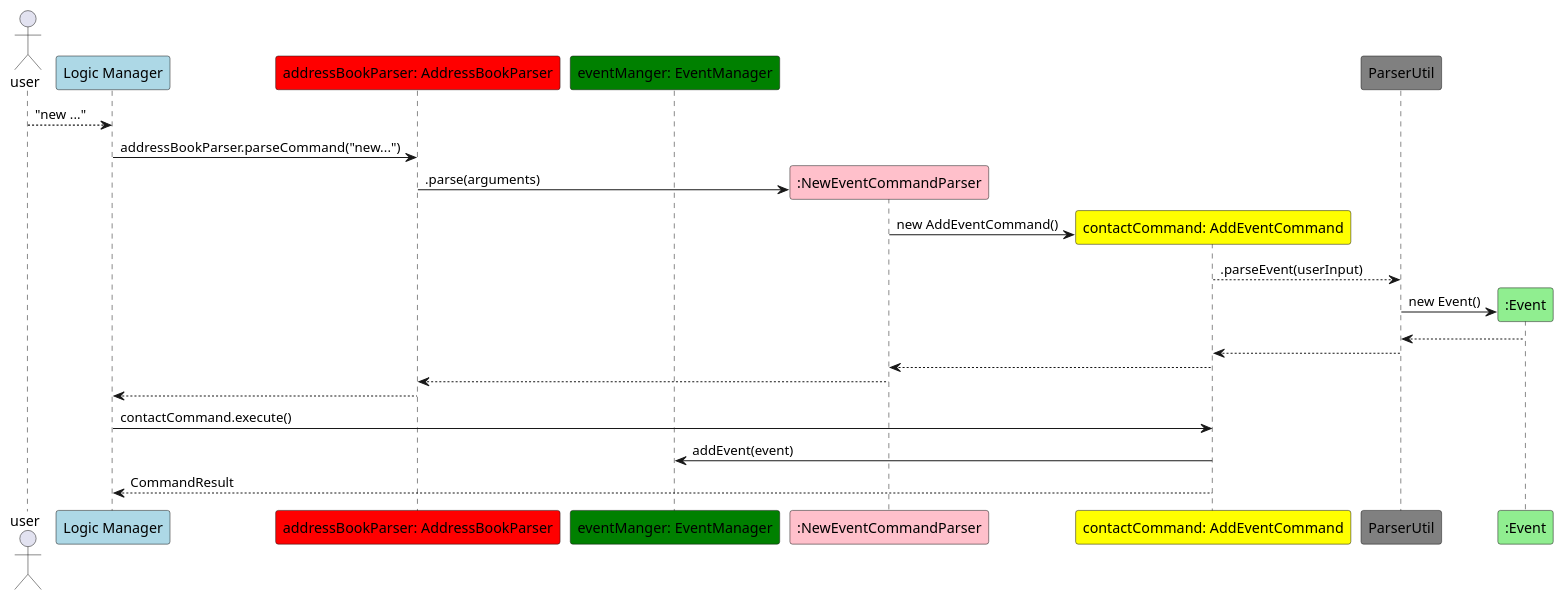
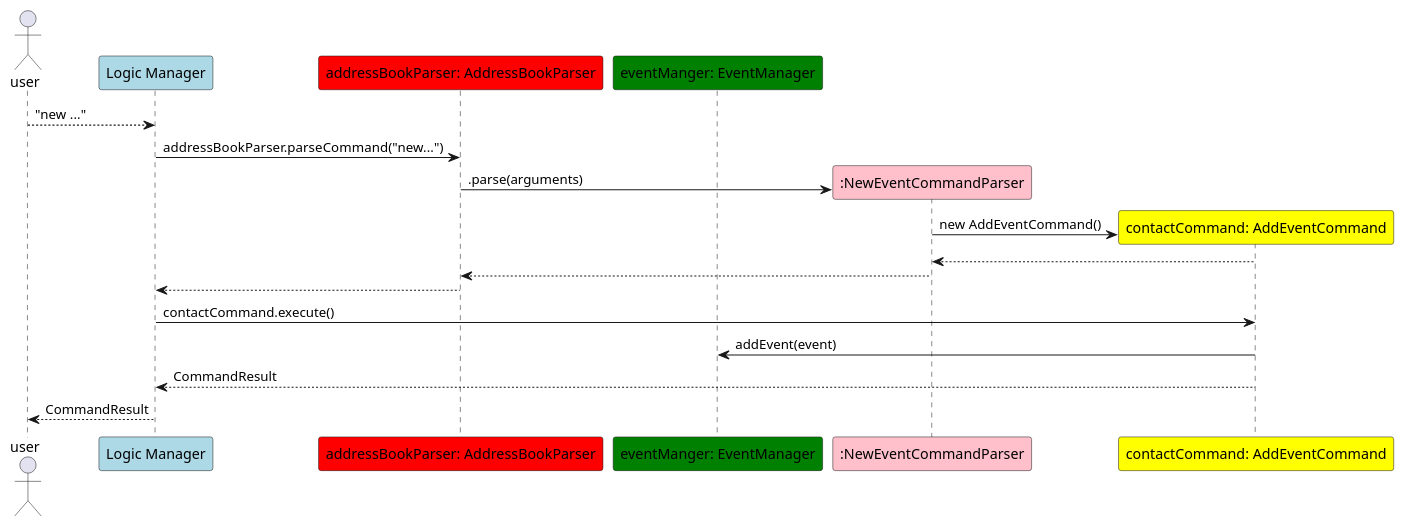
Before and after one commit to nus-cs2103-AY2425S1/tp: the diagram in docs/diagrams/AddEventCommandSequenceDiagram.puml, drawn with PlantUML.

Commit message:
Modify AddEventCommand Sequence Diagram

```diff
--- a/docs/diagrams/AddEventCommandSequenceDiagram.puml
+++ b/docs/diagrams/AddEventCommandSequenceDiagram.puml
@@ -1,30 +1,27 @@
 @startuml
 Actor user
 participant "Logic Manager" as L #lightblue
 participant "addressBookParser: AddressBookParser" as A #red
 participant "eventManger: EventManager" as C #green
 participant ":NewEventCommandParser" as P #pink
 participant "contactCommand: AddEventCommand" as B #yellow
-participant "ParserUtil" as U #gray
-participant ":Event" as E #lightgreen
+
 
 
 user --> L: "new ..."
 L-> A: addressBookParser.parseCommand("new...")
 create P
 A -> P: .parse(arguments)
 
 create B
 P -> B: new AddEventCommand()
-B --> U: .parseEvent(userInput)
-create E
-U -> E: new Event()
-E-->U
-U-->B
+
+
 B --> P:
 P --> A:
 A --> L
 L -> B:  contactCommand.execute()
 B -> C: addEvent(event)
 B --> L: CommandResult
+L --> user: CommandResult
 @enduml
```
